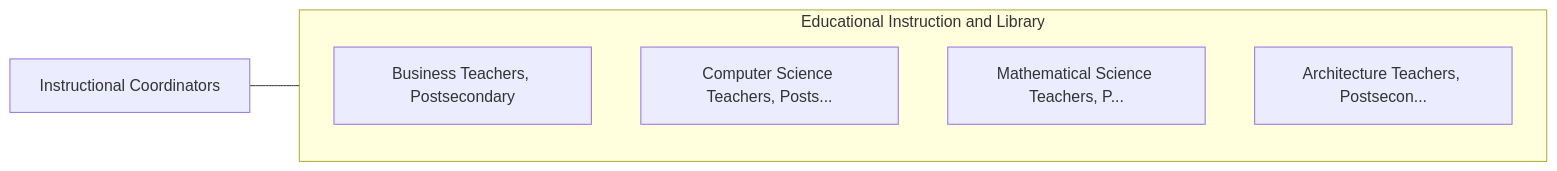
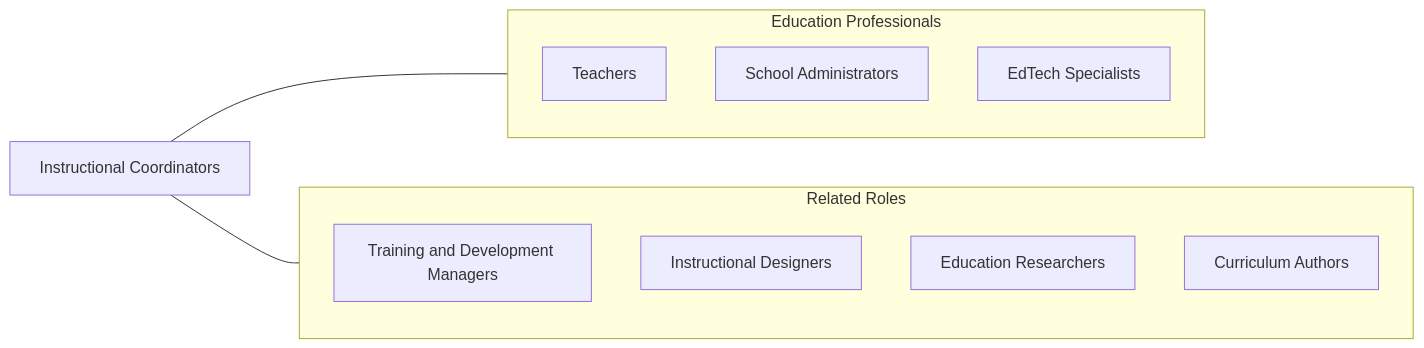
The fourth of 4 diagrams in occupations/Education/InstructionalCoordinators.mdx (kziemski/business.org.ai), drawn with Mermaid before and after one commit. The commit also changed other lines of this file and 938 other files, not shown here.

````diff
--- a/occupations/Education/InstructionalCoordinators.mdx
+++ b/occupations/Education/InstructionalCoordinators.mdx
@@ -109,13 +168,20 @@
 ```mermaid
 graph LR
     Current["Instructional Coordinators"]
 
-    subgraph SameCategory["Educational Instruction and Library"]
-        BusinessTeachersPost["Business Teachers, Postsecondary"]
-        ComputerScienceTeach["Computer Science Teachers, Posts..."]
-        MathematicalScienceT["Mathematical Science Teachers, P..."]
-        ArchitectureTeachers["Architecture Teachers, Postsecon..."]
+    subgraph SameCategory["Education Professionals"]
+        Teachers["Teachers"]
+        Principals["School Administrators"]
+        EdTech["EdTech Specialists"]
+    end
+
+    subgraph CrossFunctional["Related Roles"]
+        TrainDev["Training and Development Managers"]
+        IDDesign["Instructional Designers"]
+        EdResearch["Education Researchers"]
+        CurrAuth["Curriculum Authors"]
     end
 
     Current --- SameCategory
+    Current --- CrossFunctional
 ```
````
